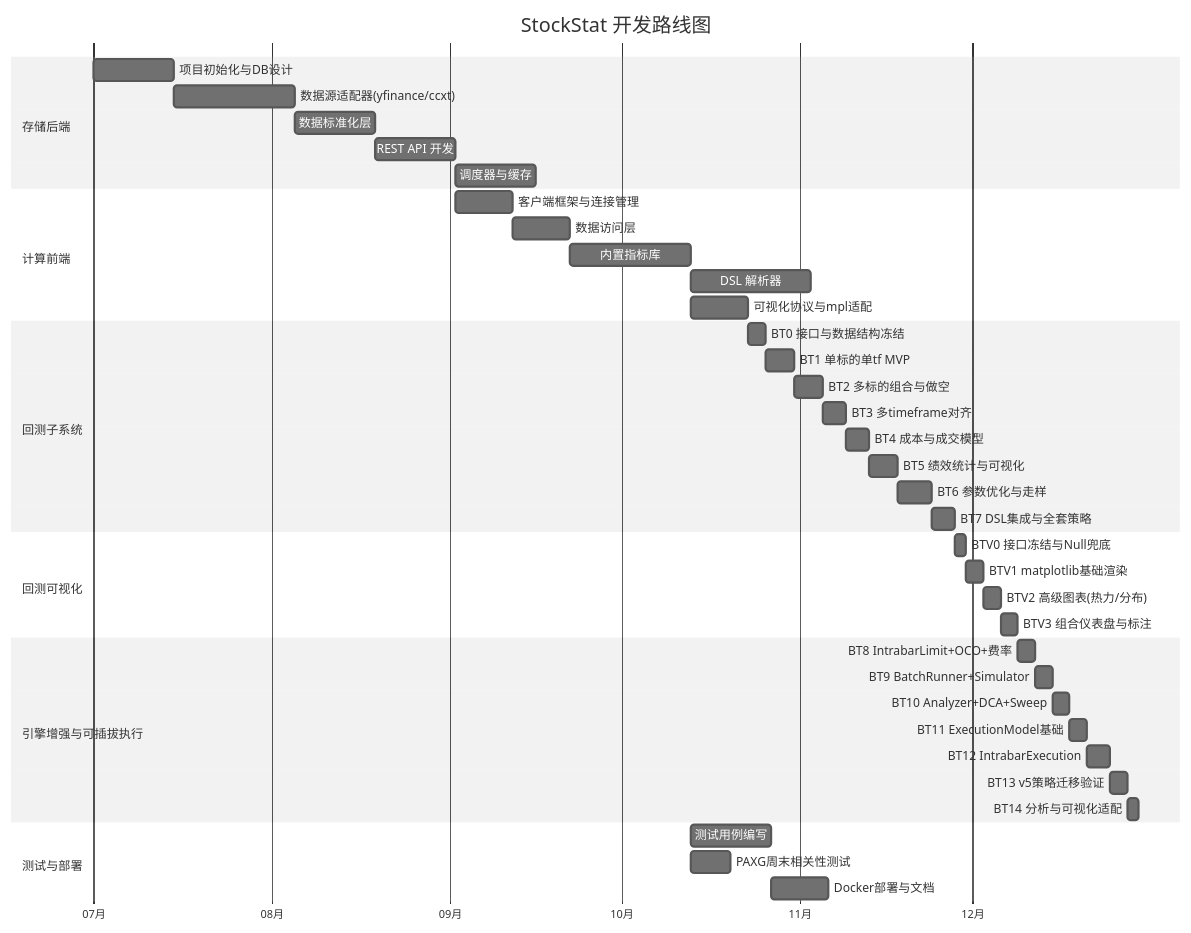
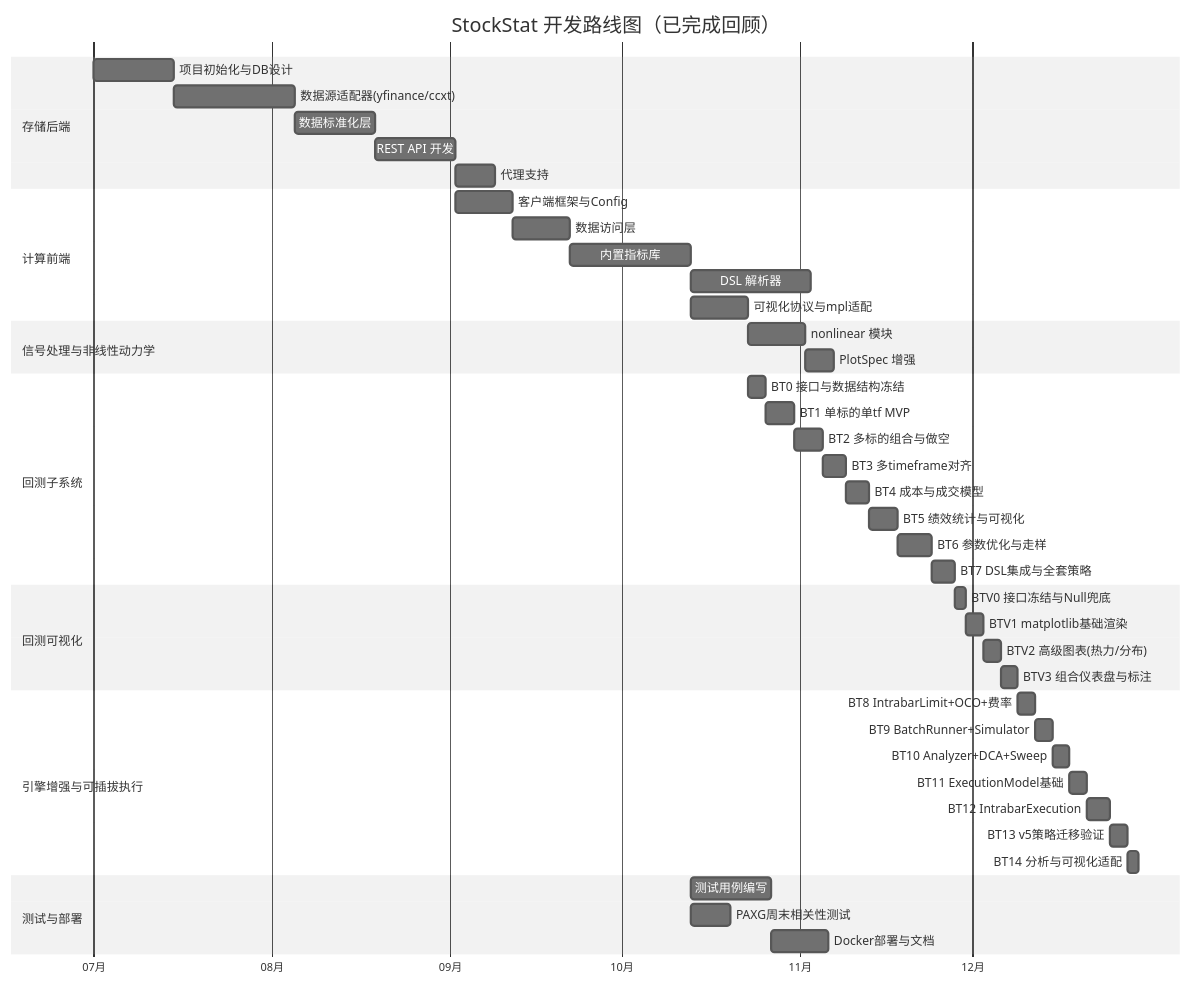
Before and after one commit to RESBI/StockStatistic: diagram 20 of 23 in DESIGN_CN.md, drawn with Mermaid (neutral theme). The commit also changed other lines of this file and 12 other files, not shown here.

````diff
--- a/DESIGN_CN.md
+++ b/DESIGN_CN.md
@@ -1696,50 +1770,54 @@
 ```mermaid
 gantt
-    title StockStat 开发路线图
+    title StockStat 开发路线图（已完成回顾）
     dateFormat  YYYY-MM-DD
     axisFormat  %m月
 
     section 存储后端
     项目初始化与DB设计          :a1, 2026-07-01, 14d
     数据源适配器(yfinance/ccxt)  :a2, after a1, 21d
     数据标准化层               :a3, after a2, 14d
     REST API 开发              :a4, after a3, 14d
-    调度器与缓存               :a5, after a4, 14d
+    代理支持                   :a5, after a4, 7d
 
     section 计算前端
-    客户端框架与连接管理        :b1, after a4, 10d
+    客户端框架与Config          :b1, after a4, 10d
     数据访问层                 :b2, after b1, 10d
     内置指标库                 :b3, after b2, 21d
     DSL 解析器                 :b4, after b3, 21d
     可视化协议与mpl适配         :b5, after b3, 10d
+
+    section 信号处理与非线性动力学
+    nonlinear 模块             :nl, after b5, 10d
+    PlotSpec 增强              :nl2, after nl, 5d
 
     section 回测子系统
     BT0 接口与数据结构冻结      :bt0, after b5, 3d
     BT1 单标的单tf MVP          :bt1, after bt0, 5d
     BT2 多标的组合与做空        :bt2, after bt1, 5d
     BT3 多timeframe对齐        :bt3, after bt2, 4d
     BT4 成本与成交模型          :bt4, after bt3, 4d
     BT5 绩效统计与可视化        :bt5, after bt4, 5d
     BT6 参数优化与走样          :bt6, after bt5, 6d
     BT7 DSL集成与全套策略       :bt7, after bt6, 4d
 
     section 回测可视化
     BTV0 接口冻结与Null兜底     :btv0, after bt7, 2d
     BTV1 matplotlib基础渲染     :btv1, after btv0, 3d
     BTV2 高级图表(热力/分布)    :btv2, after btv1, 3d
     BTV3 组合仪表盘与标注       :btv3, after btv2, 3d
 
     section 引擎增强与可插拔执行
     BT8 IntrabarLimit+OCO+费率  :bt8, after btv3, 3d
     BT9 BatchRunner+Simulator   :bt9, after bt8, 3d
     BT10 Analyzer+DCA+Sweep     :bt10, after bt9, 3d
     BT11 ExecutionModel基础     :bt11, after bt10, 3d
     BT12 IntrabarExecution      :bt12, after bt11, 4d
     BT13 v5策略迁移验证         :bt13, after bt12, 3d
     BT14 分析与可视化适配       :bt14, after bt13, 2d
 
     section 测试与部署
     测试用例编写               :c1, after b3, 14d
     PAXG周末相关性测试          :c2, after b3, 7d
     Docker部署与文档            :c3, after c1, 10d
 ```
````
